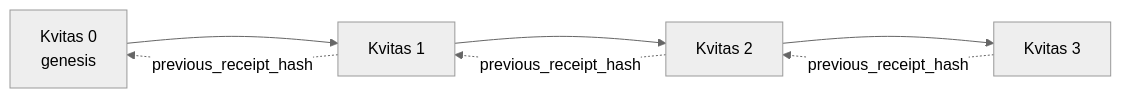
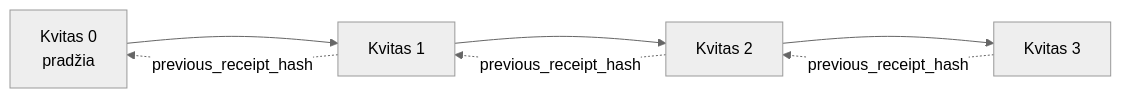
The second of 2 diagrams in translations/lt/18-securing-ai-agents/README.md (microsoft/ai-agents-for-beginners), drawn with Mermaid (neutral theme) before and after one commit. The commit also changed other lines of this file and 45 other files, not shown here.

````diff
--- a/translations/lt/18-securing-ai-agents/README.md
+++ b/translations/lt/18-securing-ai-agents/README.md
@@ -206,9 +203,9 @@
 ```mermaid
 flowchart LR
-    R0[Kvitas 0<br/>genesis] --> R1[Kvitas 1]
+    R0[Kvitas 0<br/>pradžia] --> R1[Kvitas 1]
     R1 --> R2[Kvitas 2]
     R2 --> R3[Kvitas 3]
     R1 -. previous_receipt_hash .-> R0
     R2 -. previous_receipt_hash .-> R1
     R3 -. previous_receipt_hash .-> R2
 ```
````
